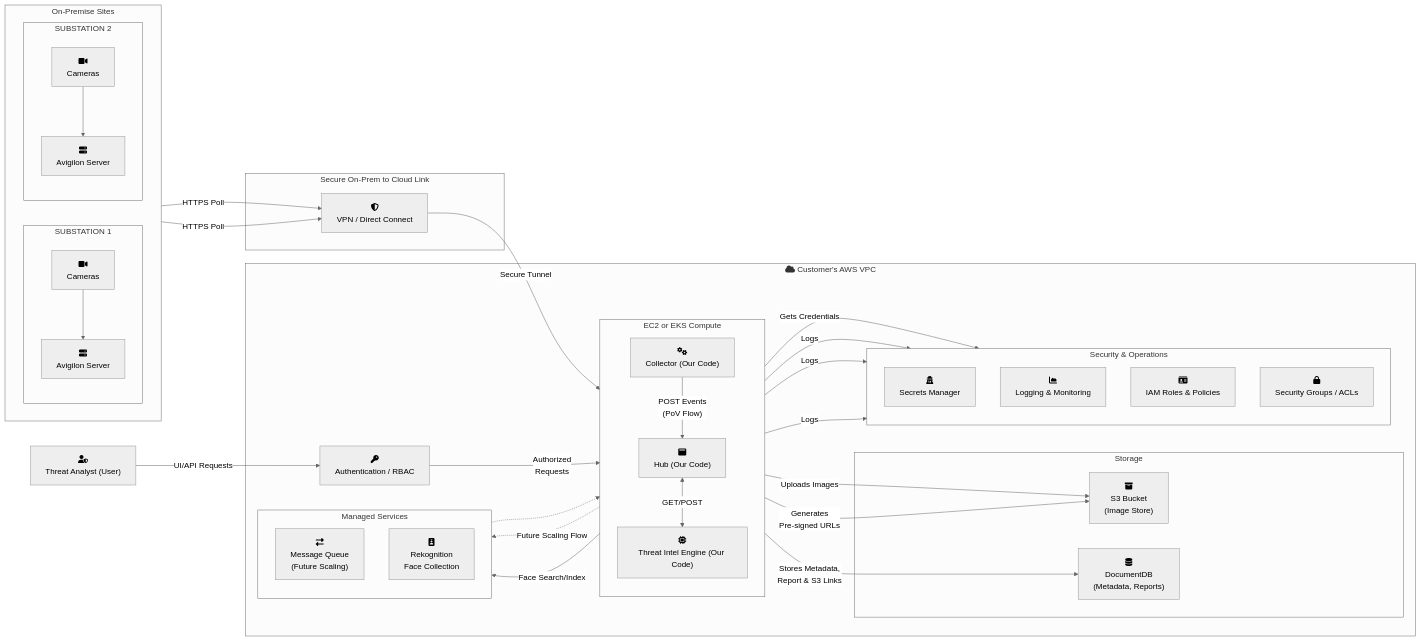
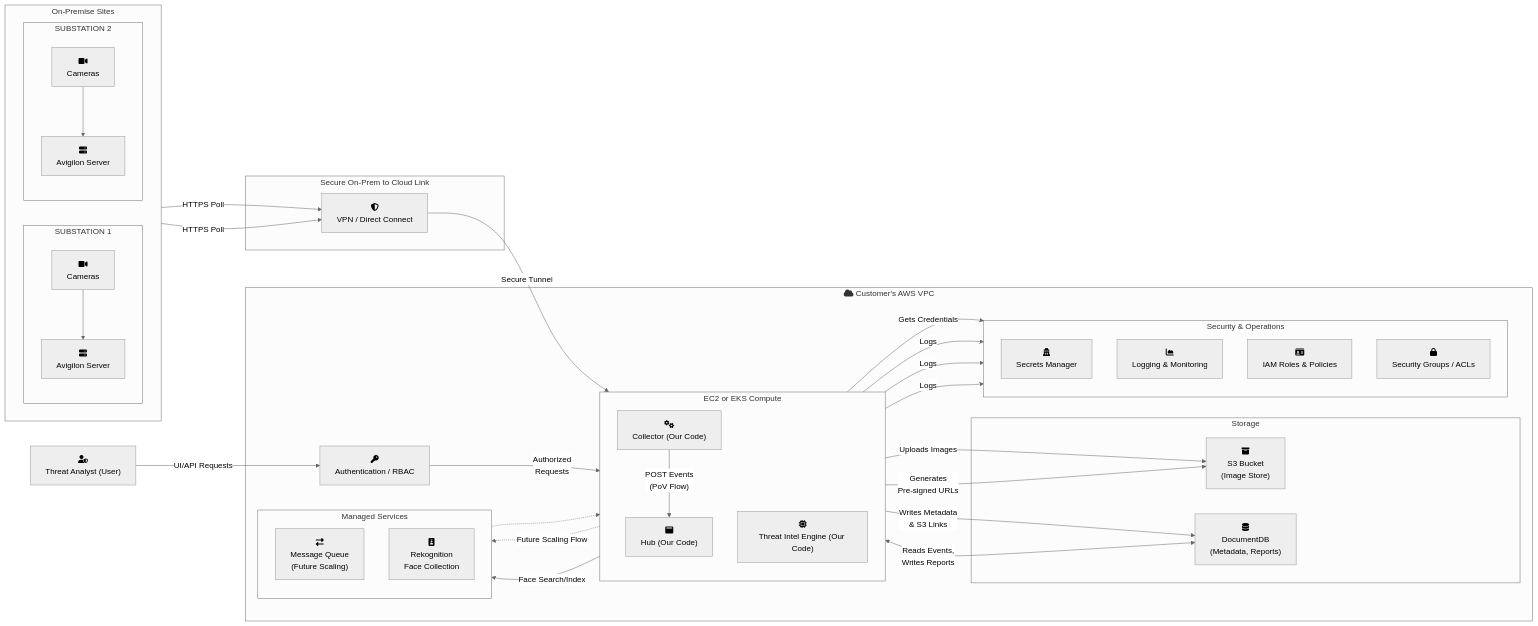
Before and after one commit to mscdw/Duke-Backend: the diagram in System Diagram.md, drawn with Mermaid. The commit also changed other lines of this file, not shown here.

Commit message:
Update System Diagram.md

````diff
--- a/System Diagram.md
+++ b/System Diagram.md
@@ -23,80 +20,80 @@
 ```mermaid
 %%{init: { 'theme': 'neutral' }}%%
 graph LR
   %% External User & On-Prem
   human_analyst["fa:fa-user-shield<br>Threat Analyst (User)"]
 
   subgraph "On-Premise Sites"
     direction LR
     subgraph SUBSTATION 1
       direction TB
       cameras_s1["fa:fa-video<br>Cameras"] --> avigilon1["fa:fa-server<br>Avigilon Server"]
     end
     subgraph SUBSTATION 2
       direction TB
       cameras_s2["fa:fa-video<br>Cameras"] --> avigilon2["fa:fa-server<br>Avigilon Server"]
     end
   end
 
   subgraph "Secure On-Prem to Cloud Link"
     vpn["fa:fa-shield-alt<br>VPN / Direct Connect"]
   end
 
   %% Cloud Infrastructure
   subgraph "fa:fa-cloud Customer's AWS VPC"
     rbac["fa:fa-key<br>Authentication / RBAC"]
     
     subgraph "EC2 or EKS Compute"
       direction TB
       collector["fa:fa-cogs<br>Collector (Our Code)"]
       hub["fa:fa-window-maximize<br>Hub (Our Code)"]
       threat_intel_engine["fa:fa-microchip<br>Threat Intel Engine (Our Code)"]
     end
 
     subgraph "Managed Services"
         direction TB
         sqs["fa:fa-exchange-alt<br>Message Queue<br>(Future Scaling)"]
         rekognition_collection["fa:fa-id-badge<br>Rekognition<br>Face Collection"]
     end
 
     subgraph "Storage"
         s3_bucket["fa:fa-archive<br>S3 Bucket<br>(Image Store)"]
         db["fa:fa-database<br>DocumentDB<br>(Metadata, Reports)"]
     end
      
     subgraph "Security & Operations"
       direction TB
       secrets_manager["fa:fa-user-secret<br>Secrets Manager"]
       cloudwatch["fa:fa-chart-area<br>Logging & Monitoring"]
       iam["fa:fa-id-card<br>IAM Roles & Policies"]
       sg["fa:fa-lock<br>Security Groups / ACLs"]
     end
   end
 
   %% Data Flow & Connections
   
   %% On-Prem to Cloud Flow
   avigilon1 -- "HTTPS Poll" --> vpn
   avigilon2 -- "HTTPS Poll" --> vpn
   vpn -- "Secure Tunnel" --> collector
 
   %% Internal Cloud Flow
   collector -- "POST Events<br>(PoV Flow)" --> hub
   collector -. "Future Scaling Flow" .-> sqs
   sqs -.-> hub
   collector -- "Gets Credentials" --> secrets_manager
   collector -- "Uploads Images" --> s3_bucket
   collector -- "Face Search/Index" --> rekognition_collection
-  hub -- "Stores Metadata,<br>Report & S3 Links" --> db
-  hub <--> |"GET/POST"| threat_intel_engine
+  hub -- "Writes Metadata<br>& S3 Links" --> db
+  threat_intel_engine <--> |"Reads Events,<br>Writes Reports"| db
   hub -- "Generates<br>Pre-signed URLs" --> s3_bucket
   
   %% User Interaction
   human_analyst -- "UI/API Requests" --> rbac
   rbac -- "Authorized<br>Requests" --> hub
 
   %% Operations Flow
   collector -- "Logs" --> cloudwatch
   hub -- "Logs" --> cloudwatch
   threat_intel_engine -- "Logs" --> cloudwatch
 ```
````
